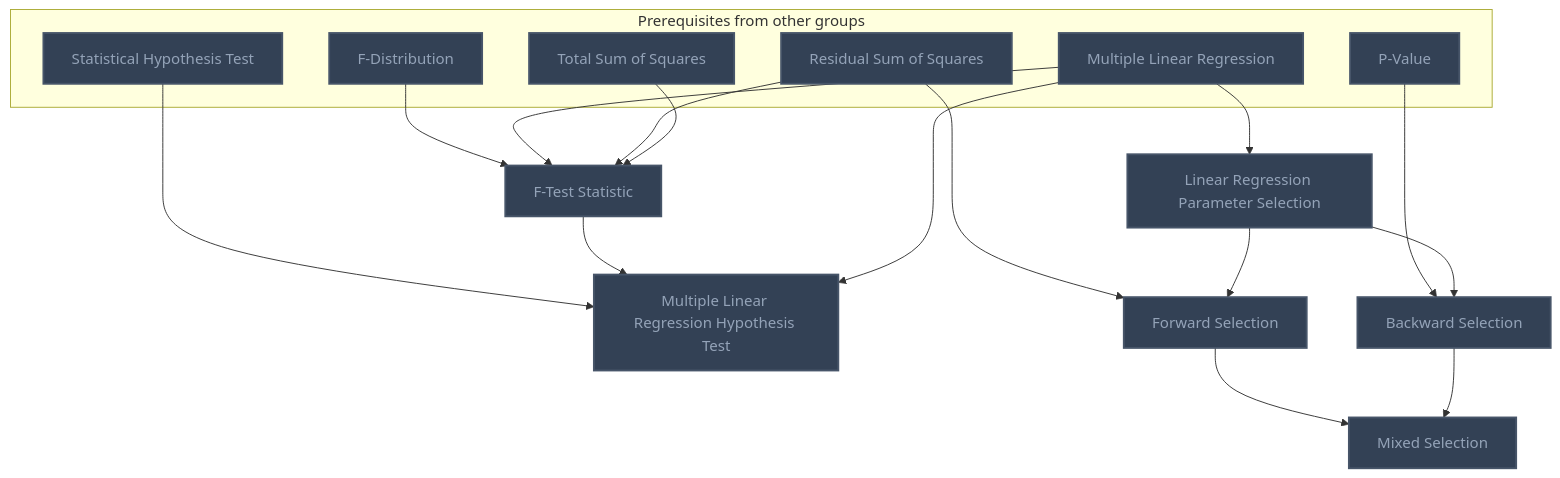
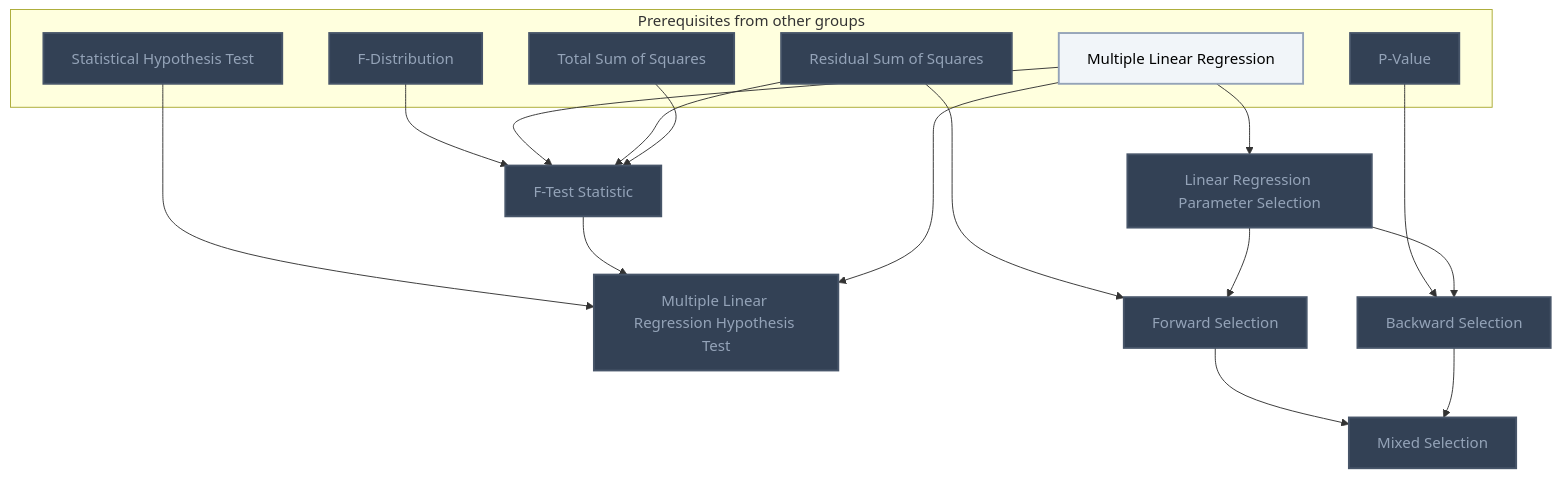
The fourth of 4 diagrams in Gamification/Skill Trees/Statistical Learning.md (MRauf1/My-Notes), drawn with Mermaid before and after one commit. The commit also changed other lines of this file and 145 other files, not shown here.

````diff
--- a/Gamification/Skill Trees/Statistical Learning.md
+++ b/Gamification/Skill Trees/Statistical Learning.md
@@ -176,42 +177,43 @@
 ```mermaid
 flowchart TD
     classDef planned fill:#1E293B,stroke:#64748B,stroke-width:2px,stroke-dasharray:5 5,color:#94A3B8;
     classDef locked fill:#334155,stroke:#475569,stroke-width:2px,color:#94A3B8;
     classDef L0 fill:#F1F5F9,stroke:#94A3B8,stroke-width:2px,color:#000000;
     classDef L1 fill:#22C55E,stroke:#15803D,stroke-width:2px,color:#000000;
     classDef L2 fill:#3B82F6,stroke:#1D4ED8,stroke-width:3px,color:#FFFFFF;
     classDef L3 fill:#A855F7,stroke:#6B21A8,stroke-width:3px,color:#FFFFFF,font-weight:bold;
     classDef L4 fill:#F97316,stroke:#C2410C,stroke-width:4px,color:#000000,font-weight:bold;
     classDef L5 fill:#FFD700,stroke:#FF8C00,stroke-width:5px,color:#000000,font-weight:bold;
     classDef rusty stroke:#8B4513,stroke-width:4px,stroke-dasharray:3 3;
     subgraph sg_prereqs["Prerequisites from other groups"]
         n_f_distribution["F-Distribution"]
         n_multiple_linear_regression["Multiple Linear Regression"]
         n_residual_sum_of_squares["Residual Sum of Squares"]
         n_total_sum_of_squares["Total Sum of Squares"]
         n_statistical_hypothesis_test["Statistical Hypothesis Test"]
         n_p_value["P-Value"]
     end
     n_f_test_statistic["F-Test Statistic"]
     n_multiple_linear_regression_hypothesis_test["Multiple Linear Regression Hypothesis Test"]
     n_linear_regression_parameter_selection["Linear Regression Parameter Selection"]
     n_forward_selection["Forward Selection"]
     n_backward_selection["Backward Selection"]
     n_mixed_selection["Mixed Selection"]
     n_f_distribution --> n_f_test_statistic
     n_multiple_linear_regression --> n_f_test_statistic
     n_residual_sum_of_squares --> n_f_test_statistic
     n_total_sum_of_squares --> n_f_test_statistic
     n_statistical_hypothesis_test --> n_multiple_linear_regression_hypothesis_test
     n_f_test_statistic --> n_multiple_linear_regression_hypothesis_test
     n_multiple_linear_regression --> n_linear_regression_parameter_selection
     n_residual_sum_of_squares --> n_forward_selection
     n_linear_regression_parameter_selection --> n_forward_selection
     n_p_value --> n_backward_selection
     n_linear_regression_parameter_selection --> n_backward_selection
     n_forward_selection --> n_mixed_selection
     n_backward_selection --> n_mixed_selection
     n_multiple_linear_regression --> n_multiple_linear_regression_hypothesis_test
-    class n_f_distribution,n_multiple_linear_regression,n_residual_sum_of_squares,n_total_sum_of_squares,n_statistical_hypothesis_test,n_p_value,n_f_test_statistic,n_multiple_linear_regression_hypothesis_test,n_linear_regression_parameter_selection,n_forward_selection,n_backward_selection,n_mixed_selection locked;
+    class n_f_distribution,n_residual_sum_of_squares,n_total_sum_of_squares,n_statistical_hypothesis_test,n_p_value,n_f_test_statistic,n_multiple_linear_regression_hypothesis_test,n_linear_regression_parameter_selection,n_forward_selection,n_backward_selection,n_mixed_selection locked;
+    class n_multiple_linear_regression L0;
     class n_f_distribution,n_multiple_linear_regression,n_residual_sum_of_squares,n_total_sum_of_squares,n_statistical_hypothesis_test,n_p_value,n_f_test_statistic,n_multiple_linear_regression_hypothesis_test,n_linear_regression_parameter_selection,n_forward_selection,n_backward_selection,n_mixed_selection internal-link;
 ```
````
